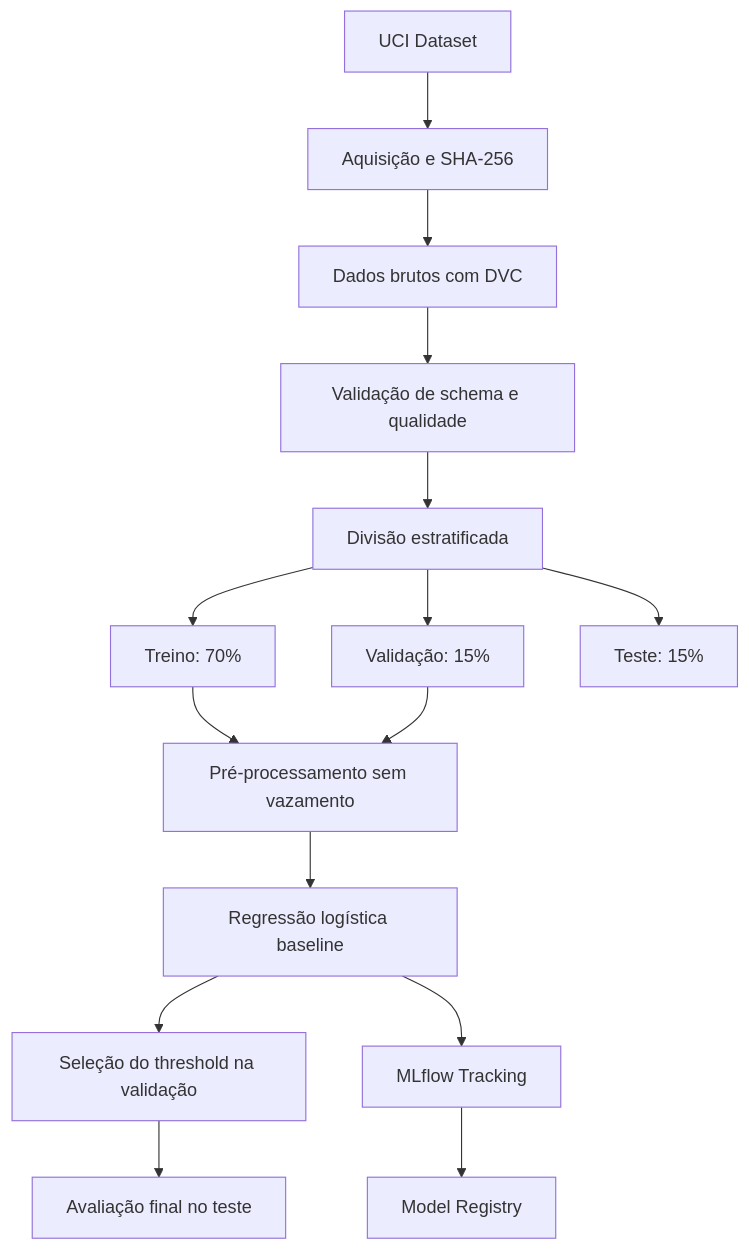
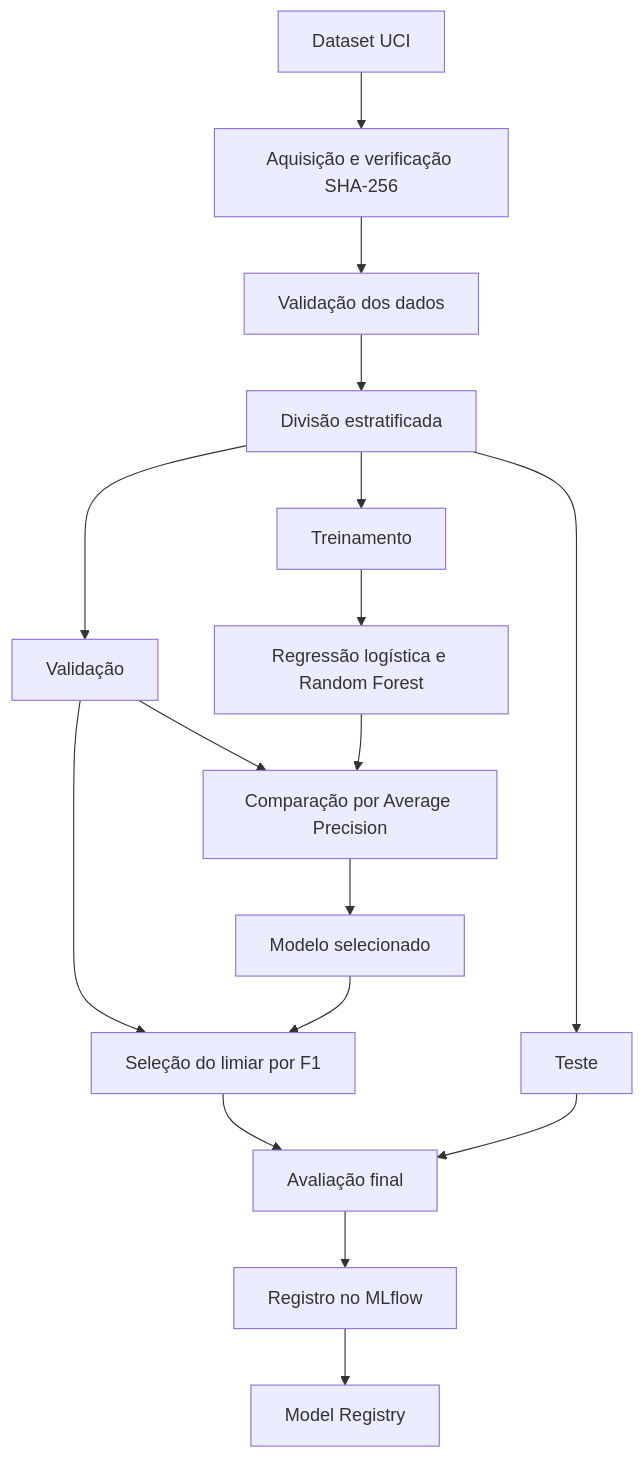
Before and after one commit to biancafsena/ecommerce-purchase-propensity-mlops: the diagram in README.md, drawn with Mermaid. The commit also changed other lines of this file and 9 other files, not shown here.

````diff
--- a/README.md
+++ b/README.md
@@ -84,17 +89,19 @@
 ```mermaid
 flowchart TD
-    A["UCI Dataset"] --> B["Aquisição e SHA-256"]
-    B --> C["Dados brutos com DVC"]
-    C --> D["Validação de schema e qualidade"]
-    D --> E["Divisão estratificada"]
-    E --> F["Treino: 70%"]
-    E --> G["Validação: 15%"]
-    E --> H["Teste: 15%"]
-    F --> I["Pré-processamento sem vazamento"]
-    G --> I
-    I --> J["Regressão logística baseline"]
-    J --> K["Seleção do threshold na validação"]
-    K --> L["Avaliação final no teste"]
-    J --> M["MLflow Tracking"]
+    A["Dataset UCI"] --> B["Aquisição e verificação SHA-256"]
+    B --> C["Validação dos dados"]
+    C --> D["Divisão estratificada"]
+    D --> E["Treinamento"]
+    D --> F["Validação"]
+    D --> G["Teste"]
+    E --> H["Regressão logística e Random Forest"]
+    F --> I["Comparação por Average Precision"]
+    H --> I
+    I --> J["Modelo selecionado"]
+    F --> K["Seleção do limiar por F1"]
+    J --> K
+    K --> L["Avaliação final"]
+    G --> L
+    L --> M["Registro no MLflow"]
     M --> N["Model Registry"]
 ```
````
